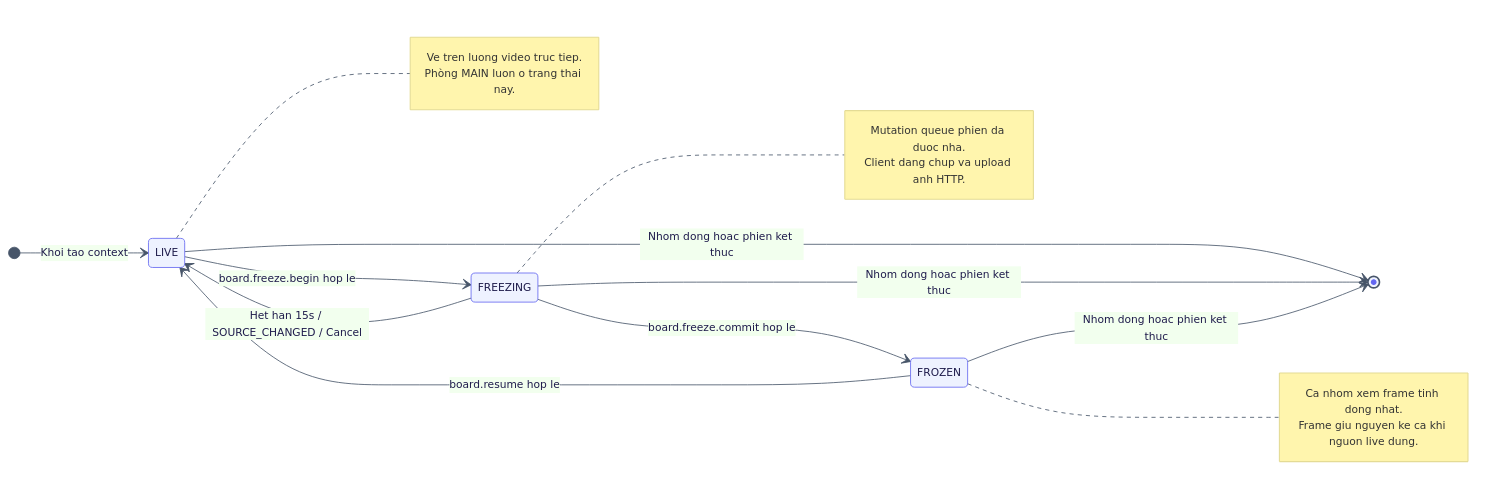
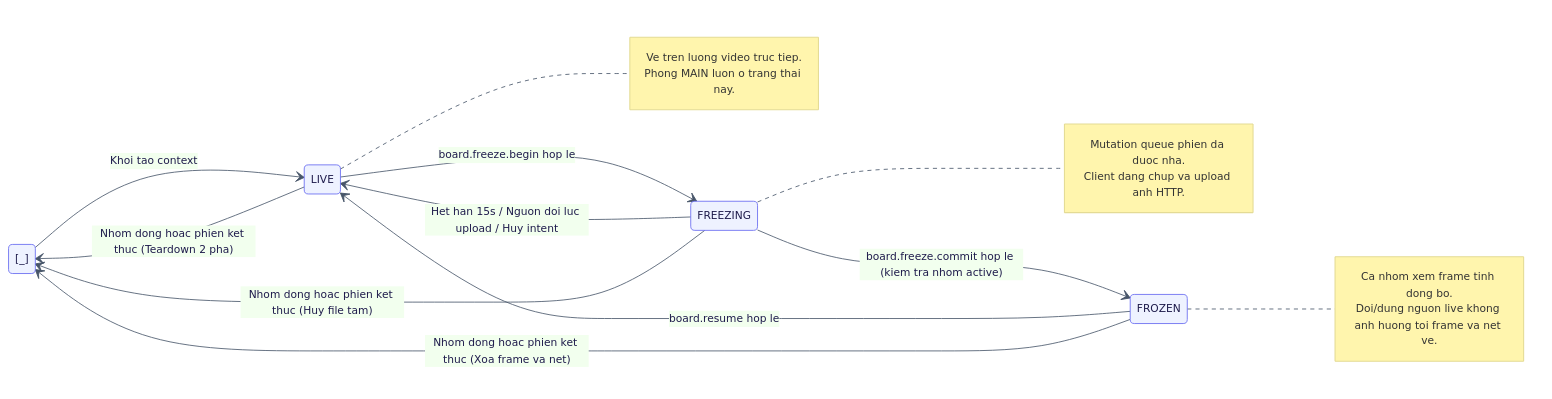
Before and after one commit to Lightning1507/CoLearnia: the second of 13 diagrams in docs/proposals/m5-board.md, drawn with Mermaid. The commit also changed other lines of this file, not shown here.

Commit message:
docs(board): address PR review comments on data limits, permissions, and lifecycle

````diff
--- a/docs/proposals/m5-board.md
+++ b/docs/proposals/m5-board.md
@@ -272,28 +272,28 @@
 ```mermaid
 %%{init: {"theme":"base","themeVariables":{"fontFamily":"Inter, Helvetica, Arial","fontSize":"13px","primaryColor":"#EEF2FF","primaryBorderColor":"#6366F1","primaryTextColor":"#1E1B4B","lineColor":"#475569"}}}%%
 stateDiagram-v2
-  direction LR
-  [*] --> LIVE: Khoi tao context
-  LIVE --> FREEZING: board.freeze.begin hop le
-  FREEZING --> FROZEN: board.freeze.commit hop le
-  FREEZING --> LIVE: Het han 15s / SOURCE_CHANGED / Cancel
-  FROZEN --> LIVE: board.resume hop le
-  LIVE --> [*]: Nhom dong hoac phien ket thuc
-  FREEZING --> [*]: Nhom dong hoac phien ket thuc
-  FROZEN --> [*]: Nhom dong hoac phien ket thuc
+direction LR
+[_] --> LIVE: Khoi tao context
+LIVE --> FREEZING: board.freeze.begin hop le
+FREEZING --> FROZEN: board.freeze.commit hop le (kiem tra nhom active)
+FREEZING --> LIVE: Het han 15s / Nguon doi luc upload / Huy intent
+FROZEN --> LIVE: board.resume hop le
+LIVE --> [_]: Nhom dong hoac phien ket thuc (Teardown 2 pha)
+FREEZING --> [_]: Nhom dong hoac phien ket thuc (Huy file tam)
+FROZEN --> [_]: Nhom dong hoac phien ket thuc (Xoa frame va net)
 
-  note right of LIVE
-    Ve tren luong video truc tiep.
-    Phòng MAIN luon o trang thai nay.
-  end note
+note right of LIVE
+Ve tren luong video truc tiep.
+Phong MAIN luon o trang thai nay.
+end note
 
-  note right of FREEZING
-    Mutation queue phien da duoc nha.
-    Client dang chup va upload anh HTTP.
-  end note
+note right of FREEZING
+Mutation queue phien da duoc nha.
+Client dang chup va upload anh HTTP.
+end note
 
-  note right of FROZEN
-    Ca nhom xem frame tinh dong nhat.
-    Frame giu nguyen ke ca khi nguon live dung.
-  end note
+note right of FROZEN
+Ca nhom xem frame tinh dong bo.
+Doi/dung nguon live khong anh huong toi frame va net ve.
+end note
 ```
````
